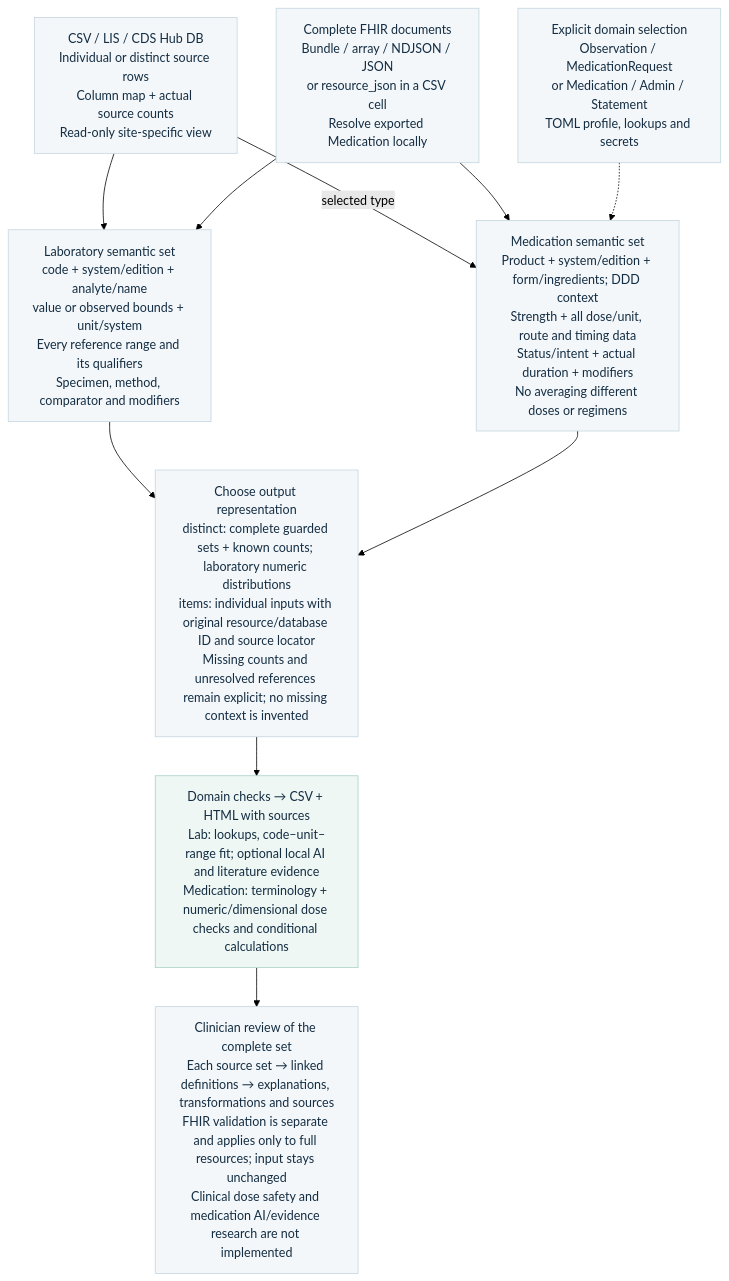
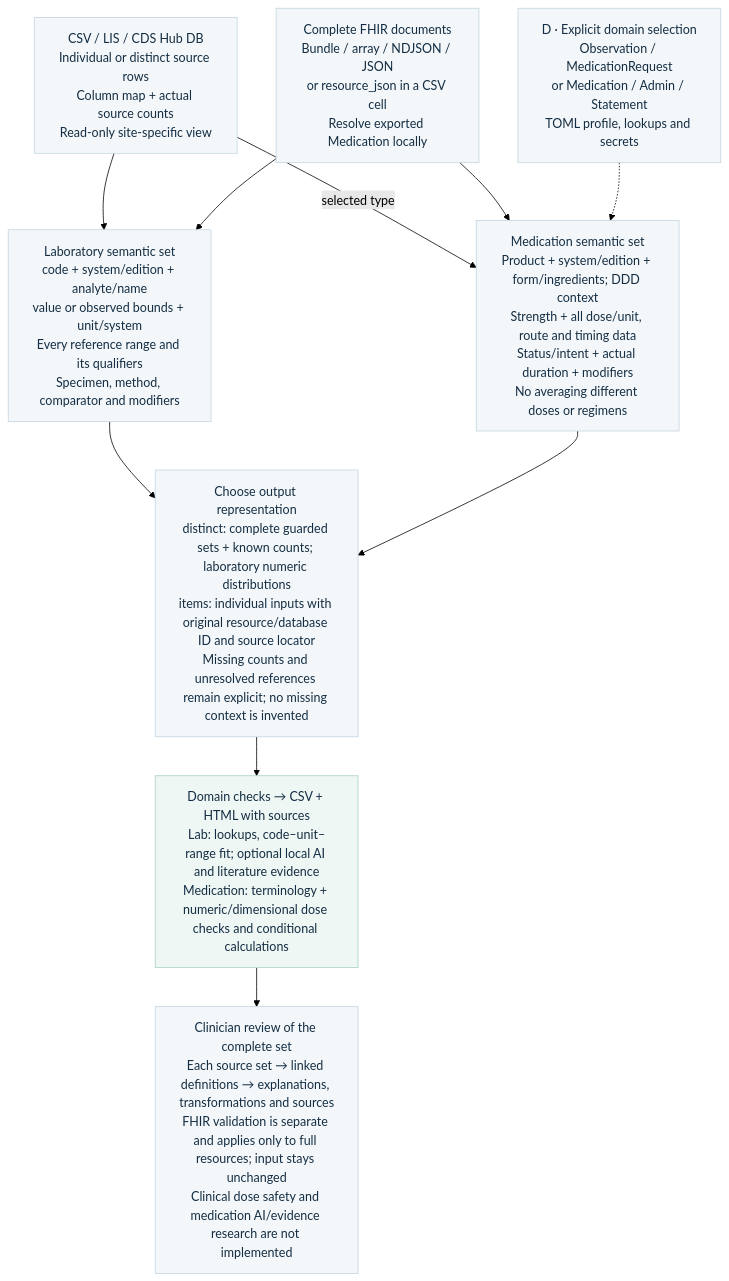
The diagram in docs/batch-flow.mmd (neumdan/semantic-plausibility), drawn with Mermaid (forest theme) before and after one commit. The commit also changed 50 other files, not shown here.

```diff
--- a/docs/batch-flow.mmd
+++ b/docs/batch-flow.mmd
@@ -1,24 +1,24 @@
 %% Same node/edge contract as batch-flow.svg.
 flowchart TD
     CSV["CSV / LIS / CDS Hub DB<br/>Individual or distinct source rows<br/>Column map + actual source counts<br/>Read-only site-specific view"]
     FHIR["Complete FHIR documents<br/>Bundle / array / NDJSON / JSON<br/>or resource_json in a CSV cell<br/>Resolve exported Medication locally"]
-    CONFIG["Explicit domain selection<br/>Observation / MedicationRequest<br/>or Medication / Admin / Statement<br/>TOML profile, lookups and secrets"]
+    CONFIG["D · Explicit domain selection<br/>Observation / MedicationRequest<br/>or Medication / Admin / Statement<br/>TOML profile, lookups and secrets"]
     LAB["Laboratory semantic set<br/>code + system/edition + analyte/name<br/>value or observed bounds + unit/system<br/>Every reference range and its qualifiers<br/>Specimen, method, comparator and modifiers"]
     MED["Medication semantic set<br/>Product + system/edition + form/ingredients; DDD context<br/>Strength + all dose/unit, route and timing data<br/>Status/intent + actual duration + modifiers<br/>No averaging different doses or regimens"]
     GROUP["Choose output representation<br/>distinct: complete guarded sets + known counts; laboratory numeric distributions<br/>items: individual inputs with original resource/database ID and source locator<br/>Missing counts and unresolved references remain explicit; no missing context is invented"]
     CHECK["Domain checks → CSV + HTML with sources<br/>Lab: lookups, code–unit–range fit; optional local AI and literature evidence<br/>Medication: terminology + numeric/dimensional dose checks and conditional calculations"]
     REVIEW["Clinician review of the complete set<br/>Each source set → linked definitions → explanations, transformations and sources<br/>FHIR validation is separate and applies only to full resources; input stays unchanged<br/>Clinical dose safety and medication AI/evidence research are not implemented"]
     CSV --> LAB
     CSV --> |"selected type"| MED
     FHIR --> LAB
     FHIR --> MED
     CONFIG -.-> MED
     LAB --> GROUP
     MED --> GROUP
     GROUP --> CHECK
     CHECK --> REVIEW
     classDef normal fill:#f3f7fa,stroke:#c4d5df,color:#142d42
     class CSV,FHIR,CONFIG,LAB,MED,GROUP,REVIEW normal
     classDef teal fill:#eef7f4,stroke:#a8cfc6,color:#142d42
     class CHECK teal
     classDef error fill:#fcf1f3,stroke:#ecc7cf,color:#142d42
```
